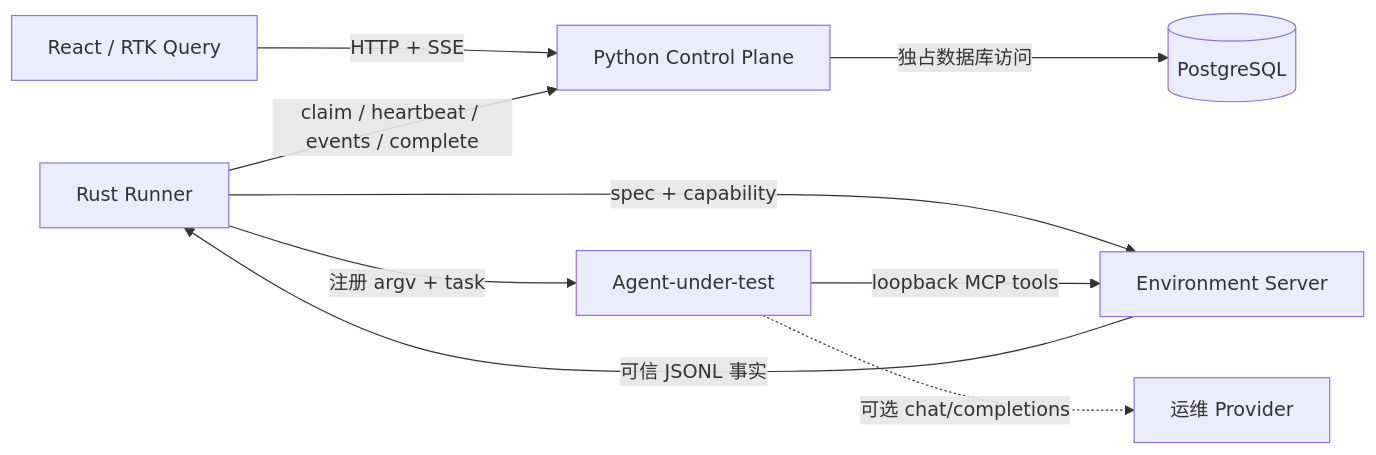
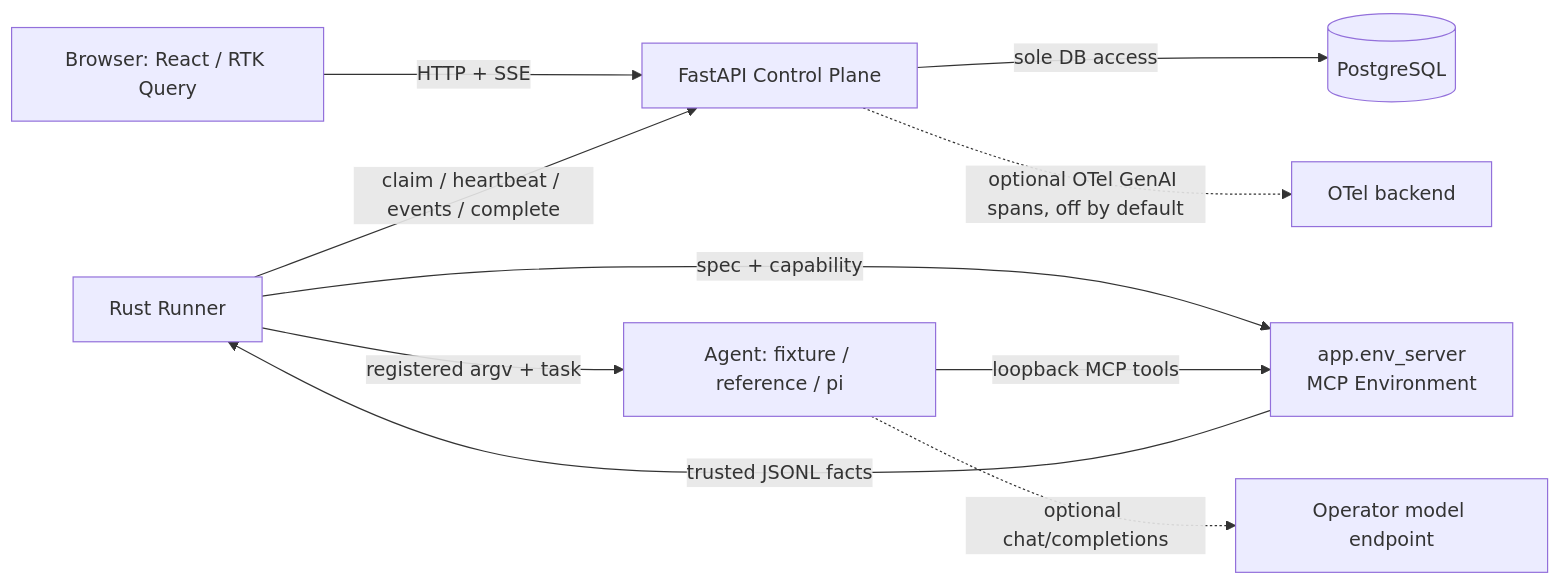
Before and after one commit to GarrisonPJ/agent-ops-platform: the diagram in README.zh-CN.md, drawn with Mermaid. The commit also changed other lines of this file and 14 other files, not shown here.

````diff
--- a/README.zh-CN.md
+++ b/README.zh-CN.md
@@ -74,11 +76,12 @@
 ```mermaid
 flowchart LR
-    UI[React / RTK Query] -->|HTTP + SSE| CP[Python Control Plane]
-    CP -->|独占数据库访问| DB[(PostgreSQL)]
+    B[Browser: React / RTK Query] -->|HTTP + SSE| CP[FastAPI Control Plane]
+    CP -->|sole DB access| DB[(PostgreSQL)]
     R[Rust Runner] -->|claim / heartbeat / events / complete| CP
-    R -->|spec + capability| E[Environment Server]
-    R -->|注册 argv + task| A[Agent-under-test]
+    R -->|spec + capability| E[app.env_server<br/>MCP Environment]
+    R -->|registered argv + task| A[Agent: fixture / reference / pi]
     A -->|loopback MCP tools| E
-    E -->|可信 JSONL 事实| R
-    A -. 可选 chat/completions .-> P[运维 Provider]
+    E -->|trusted JSONL facts| R
+    A -. optional chat/completions .-> P[Operator model endpoint]
+    CP -. optional OTel GenAI spans, off by default .-> O[OTel backend]
 ```
````
